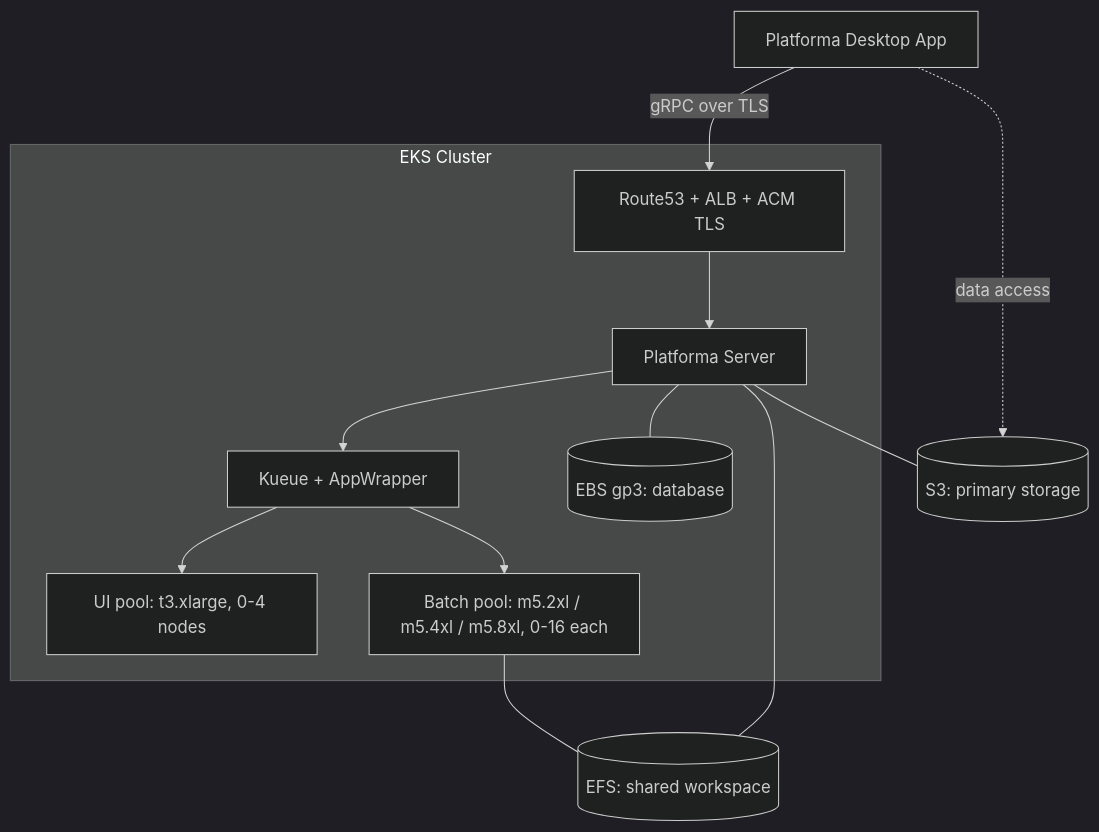
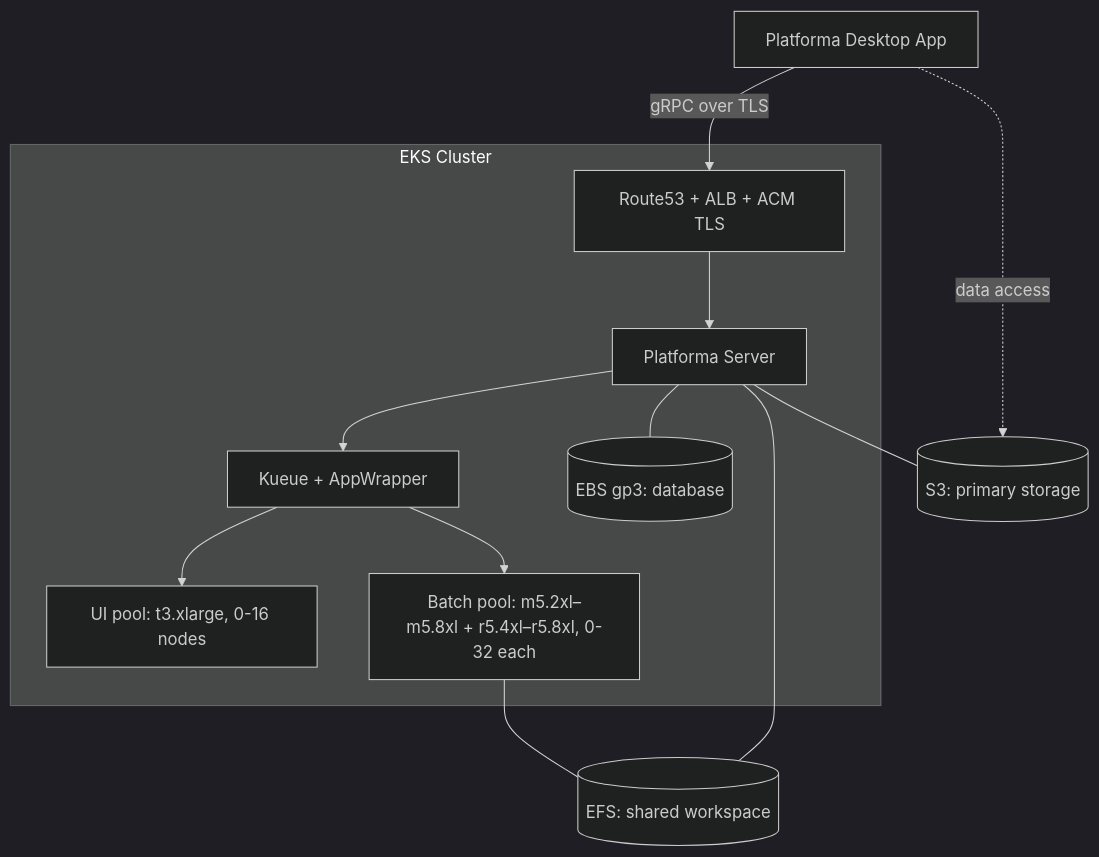
The first of 2 diagrams in infrastructure/aws/README.md (milaboratory/platforma-helm), drawn with Mermaid (dark theme) before and after one commit. The commit also changed other lines of this file and 1 other file, not shown here.

First line of the commit message:
docs: fix stale node groups in README, pin chart versions in advanced guide

````diff
--- a/infrastructure/aws/README.md
+++ b/infrastructure/aws/README.md
@@ -9,20 +9,20 @@
 ```mermaid
 graph TD
     desktop["Platforma Desktop App"]
     dns["Route53 + ALB + ACM TLS"]
 
     desktop -->|"gRPC over TLS"| dns
     desktop -.->|"data access"| s3
 
     subgraph EKS["EKS Cluster"]
         dns --> platforma["Platforma Server"]
         platforma --> kueue["Kueue + AppWrapper"]
-        kueue --> ui["UI pool: t3.xlarge, 0-4 nodes"]
-        kueue --> batch["Batch pool: m5.2xl / m5.4xl / m5.8xl, 0-16 each"]
+        kueue --> ui["UI pool: t3.xlarge, 0-16 nodes"]
+        kueue --> batch["Batch pool: m5.2xl–m5.8xl + r5.4xl–r5.8xl, 0-32 each"]
         platforma --- ebs[("EBS gp3: database")]
     end
 
     platforma --- s3[("S3: primary storage")]
     platforma --- efs[("EFS: shared workspace")]
     batch --- efs
 ```
````
